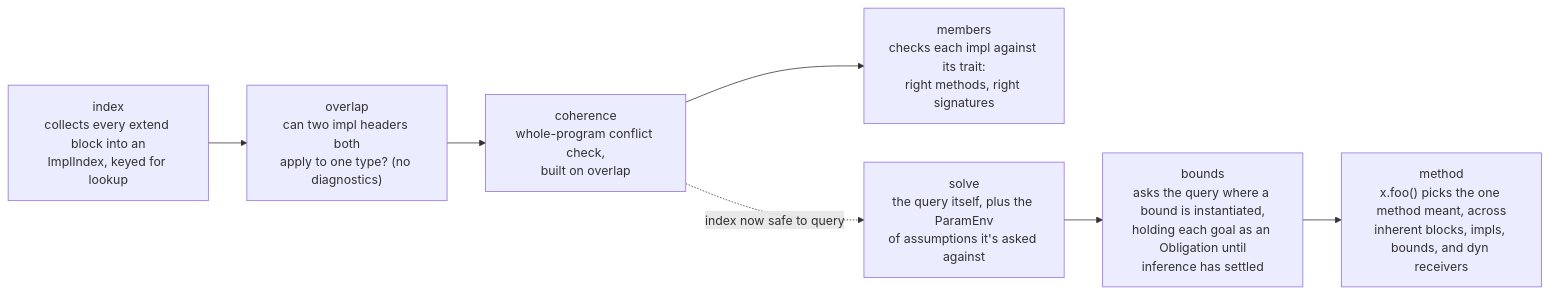
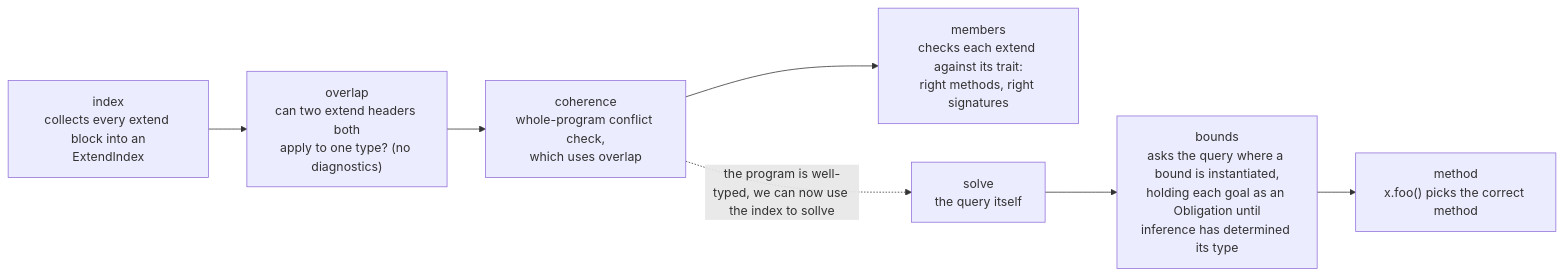
One commit to jamesfang87/Phi-Programming-Lang changed the sixth of 6 diagrams in docs/architecture.md. Above: the diagram before and after it, drawn with Mermaid. The commit also changed other lines of this file, not shown here.

Commit message:
Update architecture documentation with detailed sections about trait solving

````diff
--- a/docs/architecture.md
+++ b/docs/architecture.md
@@ -653,12 +653,12 @@
 ```mermaid
 flowchart LR
-    Index["index<br>collects every extend block into an<br>ImplIndex, keyed for lookup"] --> Overlap
-    Overlap["overlap<br>can two impl headers both<br>apply to one type? (no diagnostics)"] --> Coherence
-    Coherence["coherence<br>whole-program conflict check,<br>built on overlap"] --> Members
-    Members["members<br>checks each impl against its trait:<br>right methods, right signatures"]
+    Index["index<br>collects every extend block into an<br>ExtendIndex"] --> Overlap
+    Overlap["overlap<br>can two extend headers both<br>apply to one type? (no diagnostics)"] --> Coherence
+    Coherence["coherence<br>whole-program conflict check,<br>which uses overlap"] --> Members
+    Members["members<br>checks each extend against its trait:<br>right methods, right signatures"]
 
-    Coherence -.->|"index now safe to query"| Solve
-    Solve["solve<br>the query itself, plus the ParamEnv<br>of assumptions it's asked against"] --> Bounds
-    Bounds["bounds<br>asks the query where a bound is instantiated,<br>holding each goal as an Obligation until<br>inference has settled"] --> Method
-    Method["method<br>x.foo() picks the one method meant, across<br>inherent blocks, impls, bounds, and dyn receivers"]
+    Coherence -.->|"the program is well-typed, we can now use the index to sollve"| Solve
+    Solve["solve<br>the query itself"] --> Bounds
+    Bounds["bounds<br>asks the query where a bound is instantiated,<br>holding each goal as an Obligation until<br>inference has determined its type"] --> Method
+    Method["method<br>x.foo() picks the correct method"]
 ```
````
